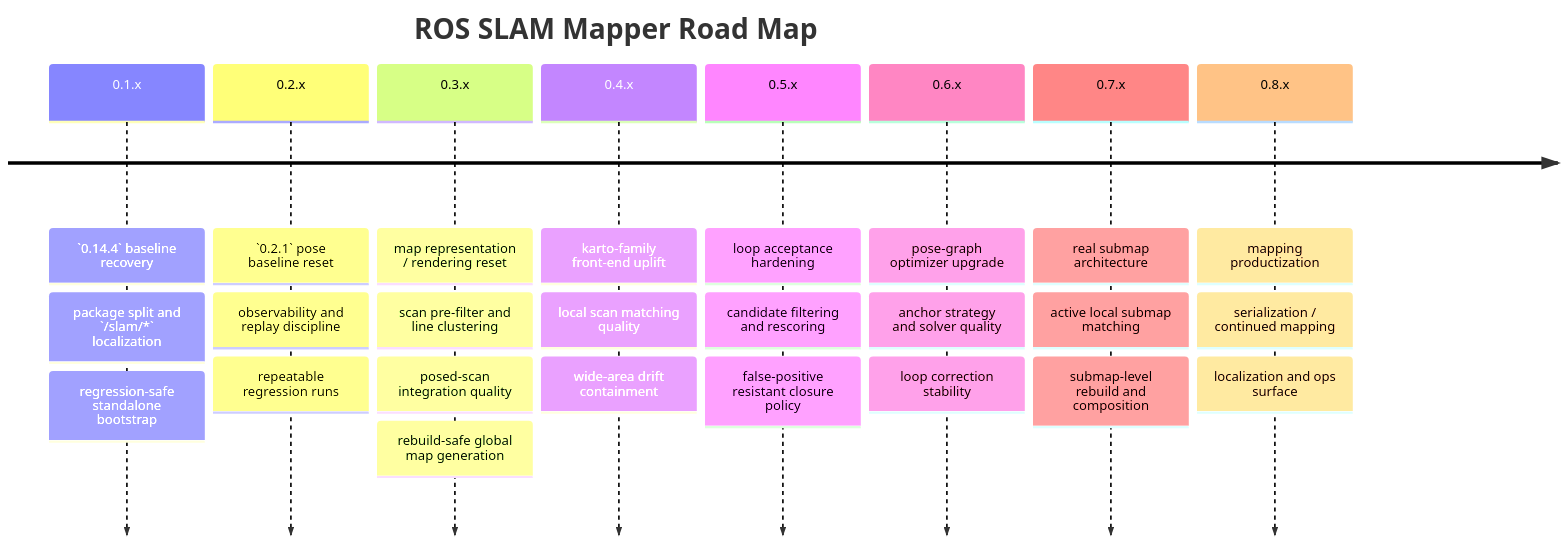
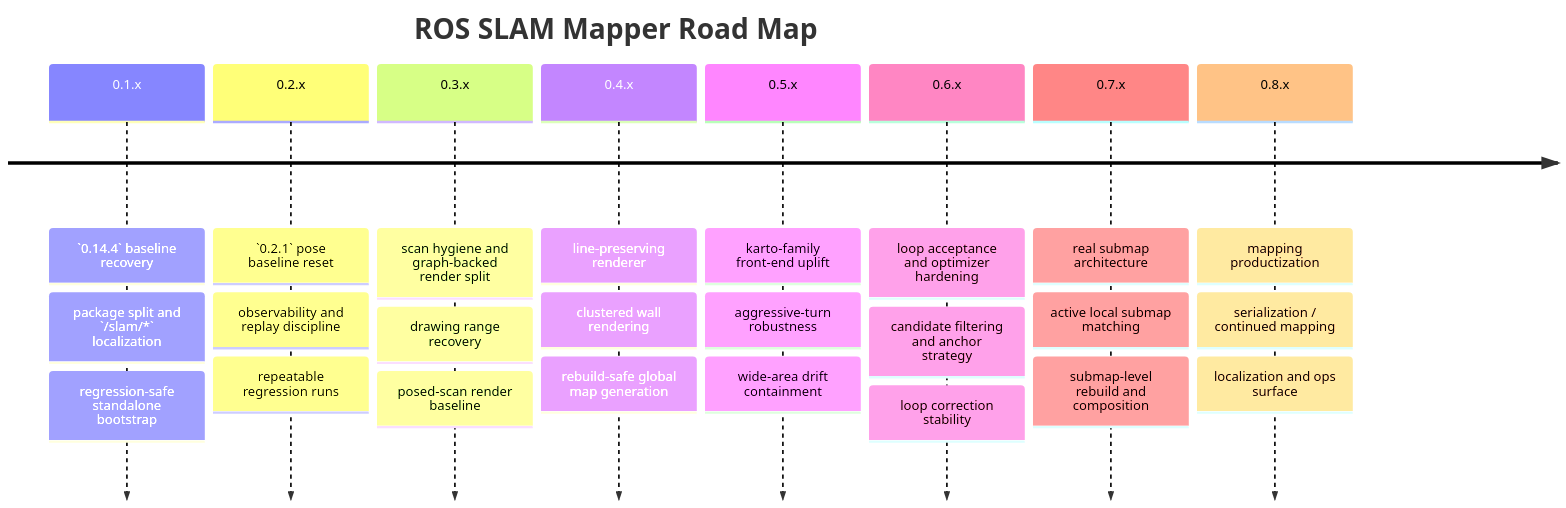
Before and after one commit to reidlo5135/ros-slam-mapper: the first of 2 diagrams in TODO.md, drawn with Mermaid. The commit also changed other lines of this file and 3 other files, not shown here.

````diff
--- a/TODO.md
+++ b/TODO.md
@@ -3,29 +3,28 @@
 ```mermaid
 timeline
     title ROS SLAM Mapper Road Map
     0.1.x : `0.14.4` baseline recovery
           : package split and `/slam/*` localization
           : regression-safe standalone bootstrap
     0.2.x : `0.2.1` pose baseline reset
           : observability and replay discipline
           : repeatable regression runs
-    0.3.x : map representation / rendering reset
-          : scan pre-filter and line clustering
-          : posed-scan integration quality
+    0.3.x : scan hygiene and graph-backed render split
+          : drawing range recovery
+          : posed-scan render baseline
+    0.4.x : line-preserving renderer
+          : clustered wall rendering
           : rebuild-safe global map generation
-    0.4.x : karto-family front-end uplift
-          : local scan matching quality
+    0.5.x : karto-family front-end uplift
+          : aggressive-turn robustness
           : wide-area drift containment
-    0.5.x : loop acceptance hardening
-          : candidate filtering and rescoring
-          : false-positive resistant closure policy
-    0.6.x : pose-graph optimizer upgrade
-          : anchor strategy and solver quality
+    0.6.x : loop acceptance and optimizer hardening
+          : candidate filtering and anchor strategy
           : loop correction stability
     0.7.x : real submap architecture
           : active local submap matching
           : submap-level rebuild and composition
     0.8.x : mapping productization
           : serialization / continued mapping
           : localization and ops surface
 ```
````
